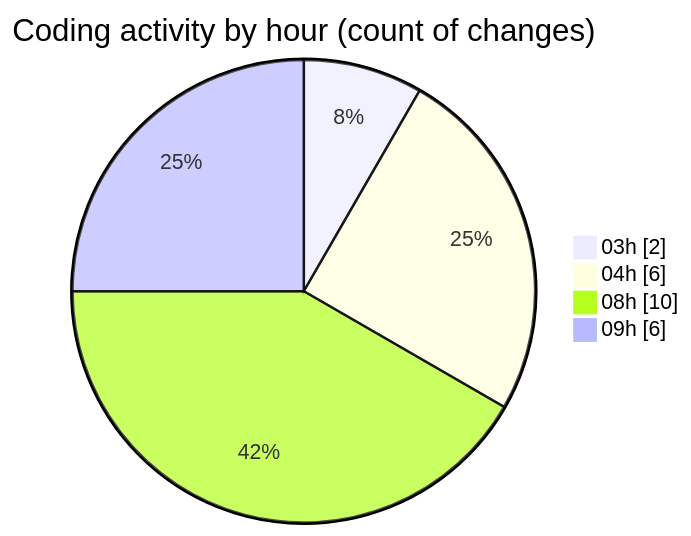
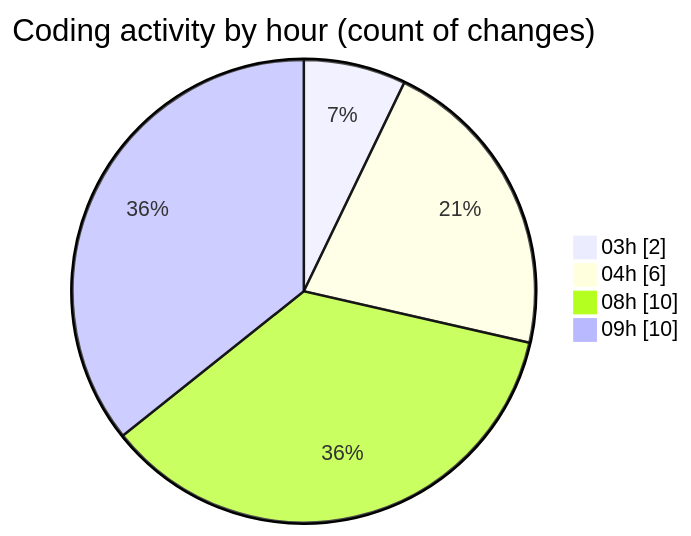
Before and after one commit to tmsrecording-cyber/code-tracking: the second of 2 diagrams in 2026-02-07/singularitybrainai/README.md, drawn with Mermaid. The commit also changed other lines of this file and 1 other file, not shown here.

````diff
--- a/2026-02-07/singularitybrainai/README.md
+++ b/2026-02-07/singularitybrainai/README.md
@@ -35,8 +37,8 @@
 ```mermaid
 pie showData
 title Coding activity by hour (count of changes)
 "03h" : 2
 "04h" : 6
 "08h" : 10
-"09h" : 6
+"09h" : 10
 ```
````
